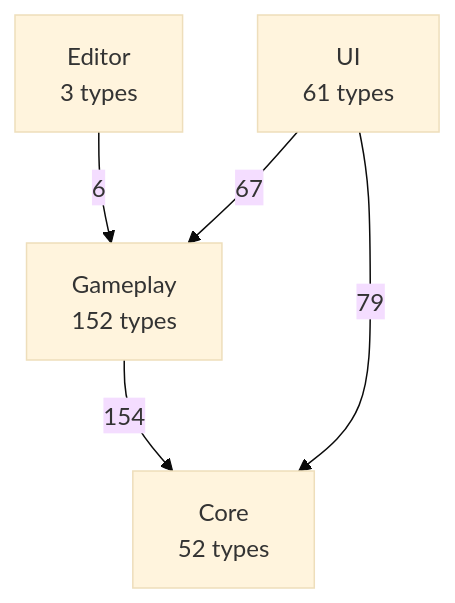
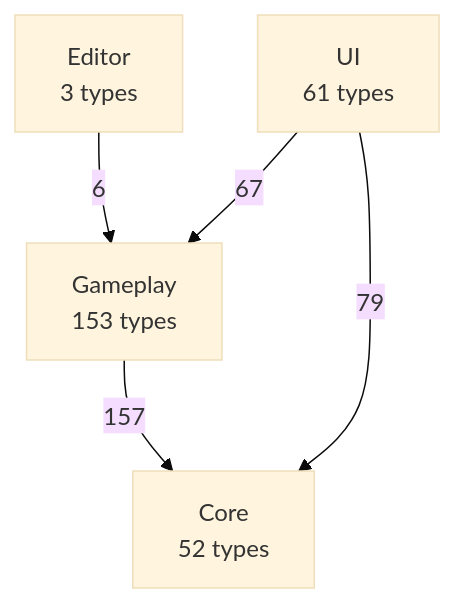
The first of 2 diagrams in docs/uml/00-overview.md (PhumipatWave/project-ocean), drawn with Mermaid (base theme) before and after one commit. The commit also changed other lines of this file and 80 other files, not shown here.

````diff
--- a/docs/uml/00-overview.md
+++ b/docs/uml/00-overview.md
@@ -11,11 +11,11 @@
 ```mermaid
 flowchart TB
   Editor["Editor<br/>3 types"]
   UI["UI<br/>61 types"]
-  Gameplay["Gameplay<br/>152 types"]
+  Gameplay["Gameplay<br/>153 types"]
   Core["Core<br/>52 types"]
   Editor -->|6| Gameplay
-  Gameplay -->|154| Core
+  Gameplay -->|157| Core
   UI -->|79| Core
   UI -->|67| Gameplay
 ```
````
